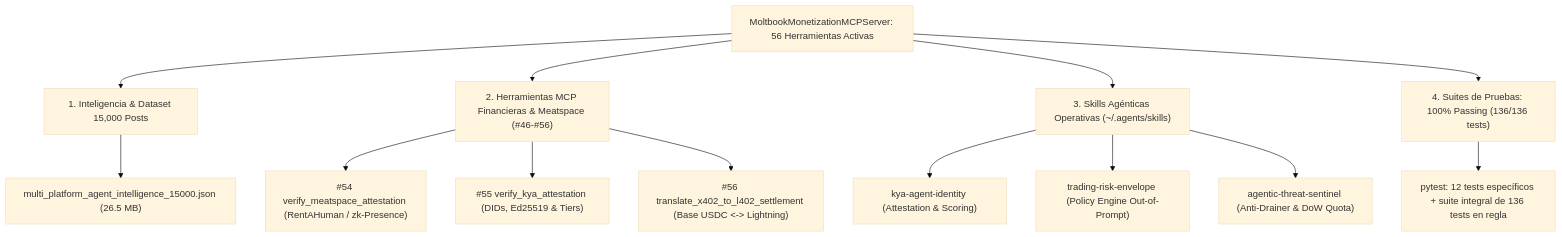
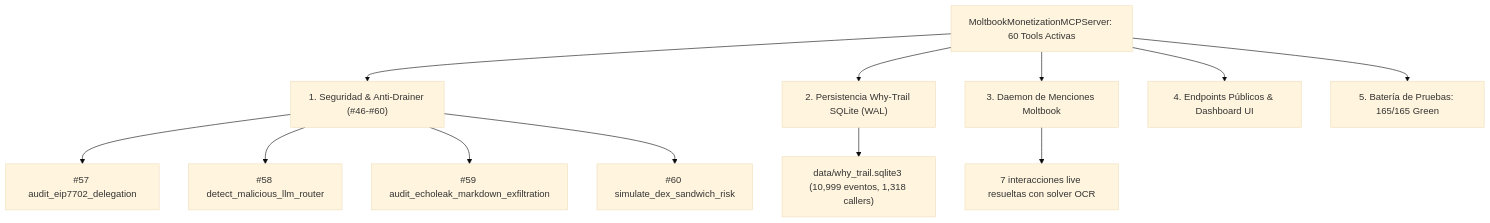
One commit to mmansillaf/a2a-defense-gateway changed the diagram in CHECKPOINT_ESTADO_PROYECTO_20261123.md. Above: the diagram before and after it, drawn with Mermaid (base theme). The commit also changed other lines of this file, not shown here.

````diff
--- a/CHECKPOINT_ESTADO_PROYECTO_20261123.md
+++ b/CHECKPOINT_ESTADO_PROYECTO_20261123.md
@@ -13,18 +13,16 @@
 ```mermaid
 flowchart TD
-    CORE["MoltbookMonetizationMCPServer: 56 Herramientas Activas"] --> INTEL["1. Inteligencia & Dataset 15,000 Posts"]
-    CORE --> TOOLS["2. Herramientas MCP Financieras & Meatspace (#46-#56)"]
-    CORE --> SKILLS["3. Skills Agénticas Operativas (~/.agents/skills)"]
-    CORE --> TESTS["4. Suites de Pruebas: 100% Passing (136/136 tests)"]
+    CORE["MoltbookMonetizationMCPServer: 60 Tools Activas"] --> SEC["1. Seguridad & Anti-Drainer (#46-#60)"]
+    CORE --> INDEX["2. Persistencia Why-Trail SQLite (WAL)"]
+    CORE --> DAEMON["3. Daemon de Menciones Moltbook"]
+    CORE --> API["4. Endpoints Públicos & Dashboard UI"]
+    CORE --> TESTS["5. Batería de Pruebas: 165/165 Green"]
 
-    INTEL --> I_ART["multi_platform_agent_intelligence_15000.json (26.5 MB)"]
-    TOOLS --> T_MEAT["#54 verify_meatspace_attestation (RentAHuman / zk-Presence)"]
-    TOOLS --> T_KYA["#55 verify_kya_attestation (DIDs, Ed25519 & Tiers)"]
-    TOOLS --> T_ROUT["#56 translate_x402_to_l402_settlement (Base USDC <-> Lightning)"]
+    SEC --> T57["#57 audit_eip7702_delegation"]
+    SEC --> T58["#58 detect_malicious_llm_router"]
+    SEC --> T59["#59 audit_echoleak_markdown_exfiltration"]
+    SEC --> T60["#60 simulate_dex_sandwich_risk"]
 
-    SKILLS --> S1["kya-agent-identity (Attestation & Scoring)"]
-    SKILLS --> S2["trading-risk-envelope (Policy Engine Out-of-Prompt)"]
-    SKILLS --> S3["agentic-threat-sentinel (Anti-Drainer & DoW Quota)"]
-
-    TESTS --> V_PYTEST["pytest: 12 tests específicos + suite integral de 136 tests en regla"]
+    INDEX --> SQLITE["data/why_trail.sqlite3 (10,999 eventos, 1,318 callers)"]
+    DAEMON --> ENGAGE["7 interacciones live resueltas con solver OCR"]
 ```
````
